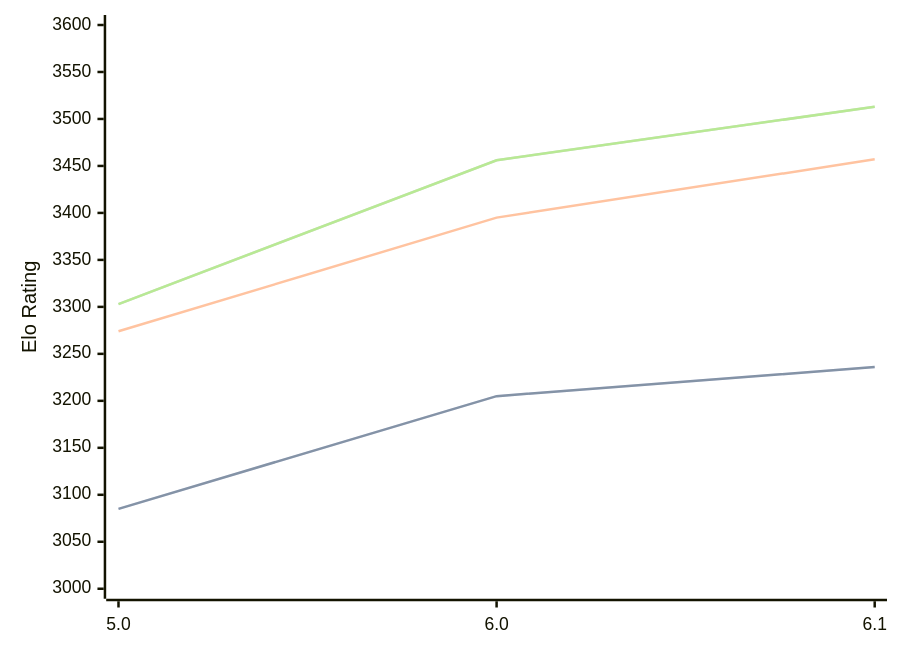
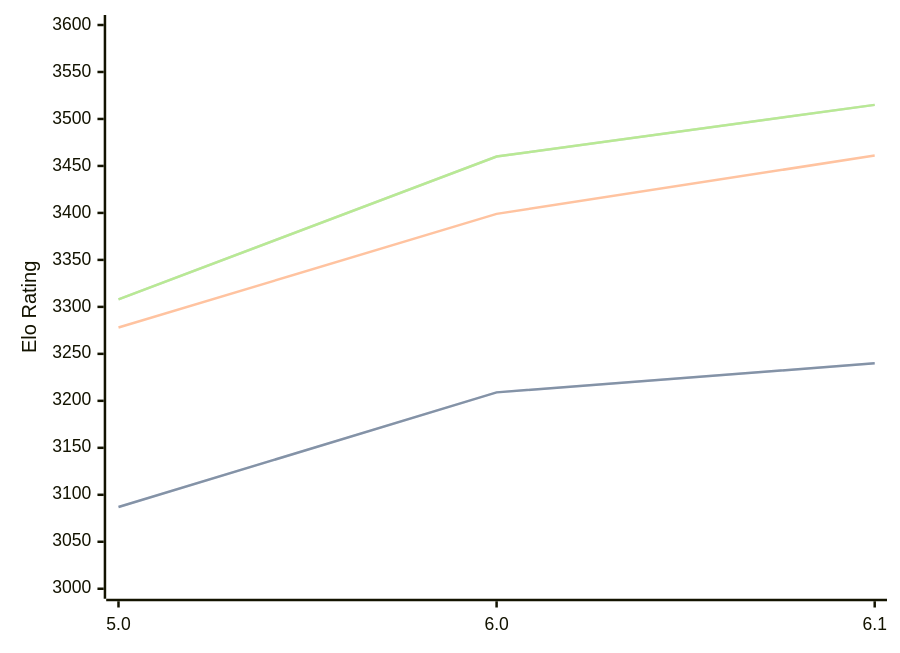
The diagram in engines/PZChessBot.md (computer-chess-index/cci), drawn with Mermaid before and after one commit. The commit also changed other lines of this file, not shown here.

Commit message:
Update CCI Ratings (ELO VLTC) - 2026-04-30

````diff
--- a/engines/PZChessBot.md
+++ b/engines/PZChessBot.md
@@ -42,11 +42,11 @@
 ```mermaid
 %%{init: {"theme":"base","themeVariables":{"seriesColors:['#a3a3a3','#222221','#faa371']}}}%%
 xychart-beta
   x-axis ["5.0", "6.0", "6.1"]
   y-axis "Elo Rating" 3000 --> 3600
-  line "STC (8.0+0.08s)" [3085, 3205, 3236]
-  line "STC (8.0+0.08s)" [3085, 3205, 3236]
-  line "LTC (60.0+0.60s)" [3274, 3395, 3457]
-  line "VLTC (2m24s+1.12s)" [3303, 3456, 3513]
-  line "VLTC (2m24s+1.12s)" [3303, 3456, 3513]
+  line "STC (8.0+0.08s)" [3087, 3209, 3240]
+  line "STC (8.0+0.08s)" [3087, 3209, 3240]
+  line "LTC (60.0+0.60s)" [3278, 3399, 3461]
+  line "VLTC (2m24s+1.12s)" [3308, 3460, 3515]
+  line "VLTC (2m24s+1.12s)" [3308, 3460, 3515]
 ```
````
